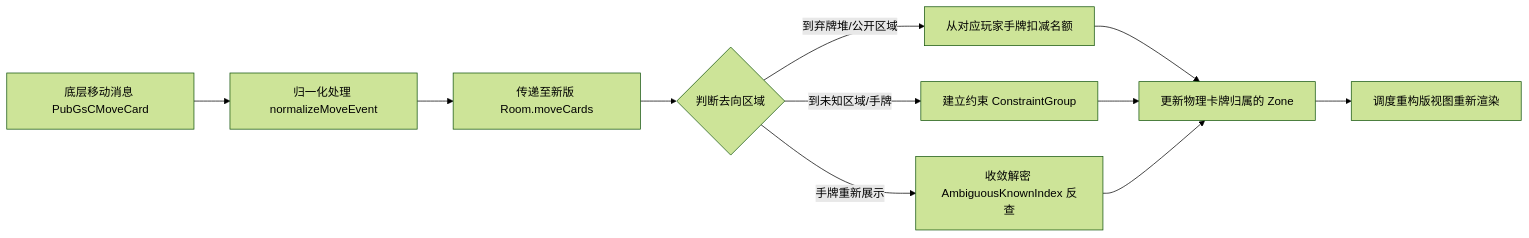
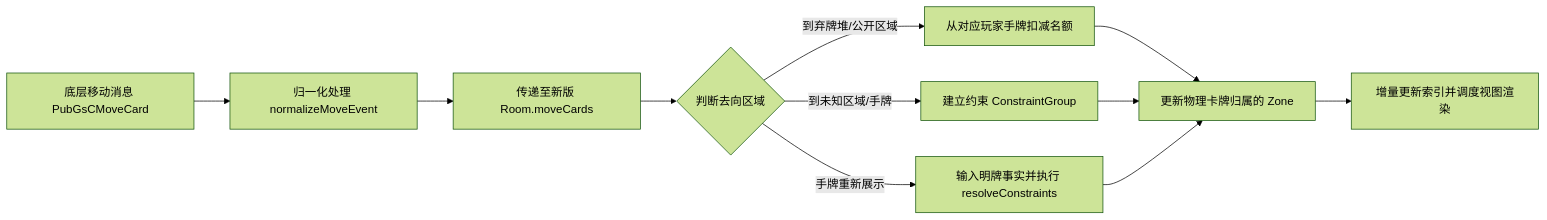
Before and after one commit to llsccm/tracker: the third of 3 diagrams in docs/agents/lifecycle.md, drawn with Mermaid (forest theme). The commit also changed other lines of this file and 8 other files, not shown here.

````diff
--- a/docs/agents/lifecycle.md
+++ b/docs/agents/lifecycle.md
@@ -239,11 +239,11 @@
 ```mermaid
 graph LR
     A[底层移动消息 PubGsCMoveCard] --> B[归一化处理 normalizeMoveEvent]
     B --> C[传递至新版 Room.moveCards]
     C --> D{判断去向区域}
     D -- 到弃牌堆/公开区域 --> E[从对应玩家手牌扣减名额]
     D -- 到未知区域/手牌 --> F[建立约束 ConstraintGroup]
-    D -- 手牌重新展示 --> G[收敛解密 AmbiguousKnownIndex 反查]
+    D -- 手牌重新展示 --> G[输入明牌事实并执行 resolveConstraints]
     E & F & G --> H[更新物理卡牌归属的 Zone]
-    H --> I[调度重构版视图重新渲染]
+    H --> I[增量更新索引并调度视图渲染]
 ```
````
